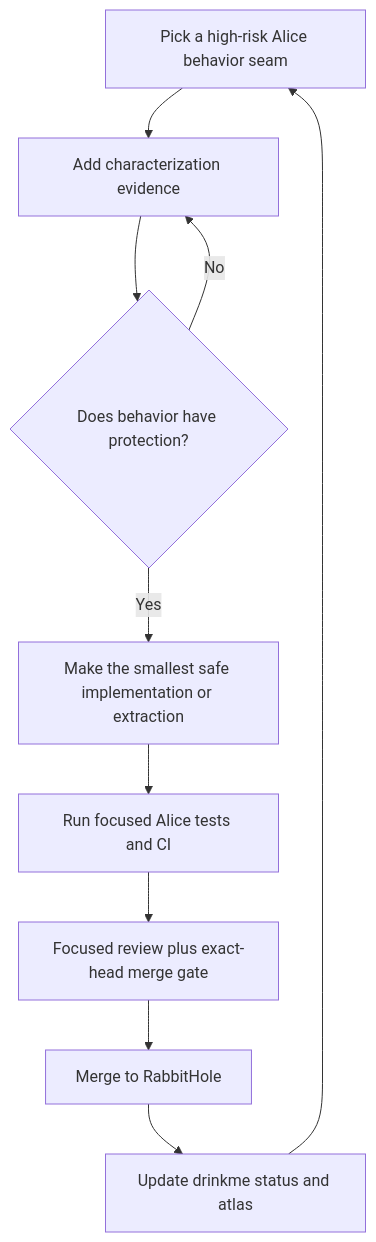
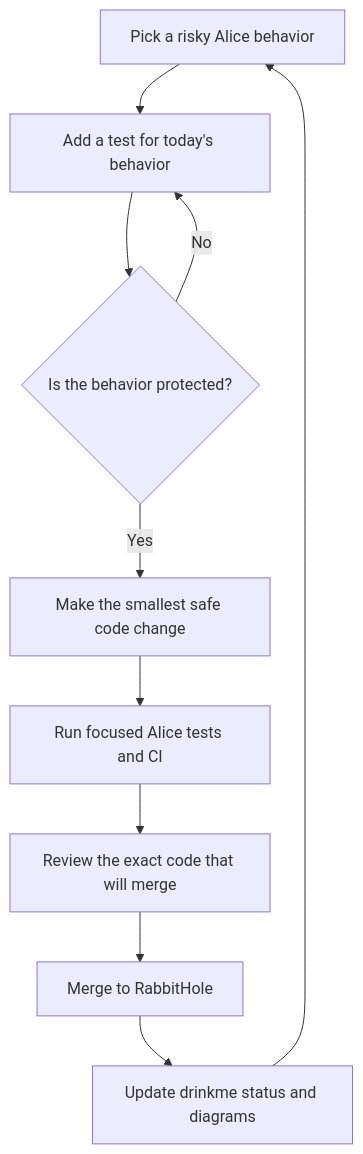
The fifth of 6 diagrams in README.md (rysweet/drinkme), drawn with Mermaid before and after one commit. The commit also changed other lines of this file, not shown here.

First line of the commit message:
Make README status language plainer

````diff
--- a/README.md
+++ b/README.md
@@ -104,12 +116,12 @@
 ```mermaid
 flowchart TD
-  P["Pick a high-risk Alice behavior seam"] --> C["Add characterization evidence"]
-  C --> D{"Does behavior have protection?"}
+  P["Pick a risky Alice behavior"] --> C["Add a test for today's behavior"]
+  C --> D{"Is the behavior protected?"}
   D -- "No" --> C
-  D -- "Yes" --> R["Make the smallest safe implementation or extraction"]
+  D -- "Yes" --> R["Make the smallest safe code change"]
   R --> T["Run focused Alice tests and CI"]
-  T --> V["Focused review plus exact-head merge gate"]
+  T --> V["Review the exact code that will merge"]
   V --> M["Merge to RabbitHole"]
-  M --> S["Update drinkme status and atlas"]
+  M --> S["Update drinkme status and diagrams"]
   S --> P
 ```
````
